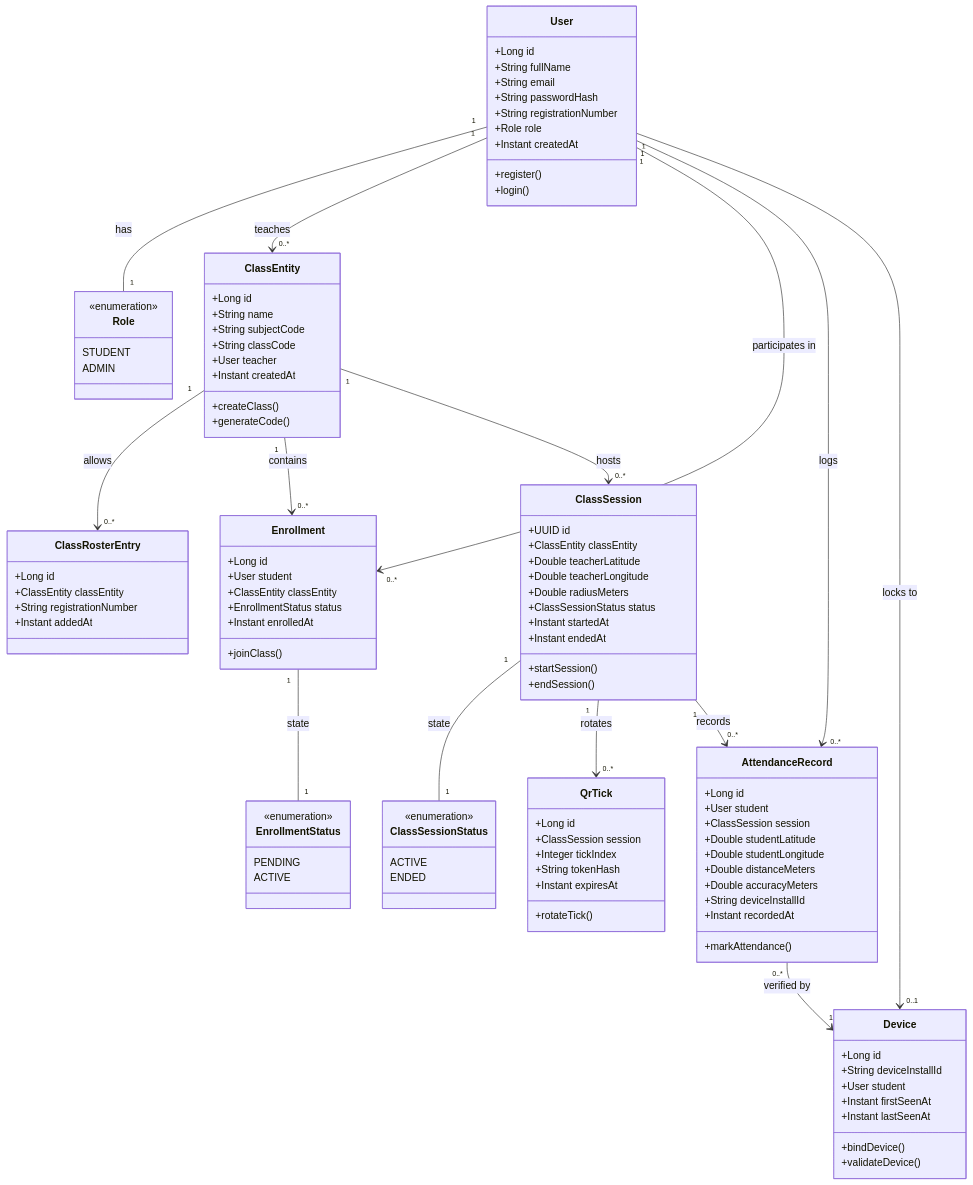
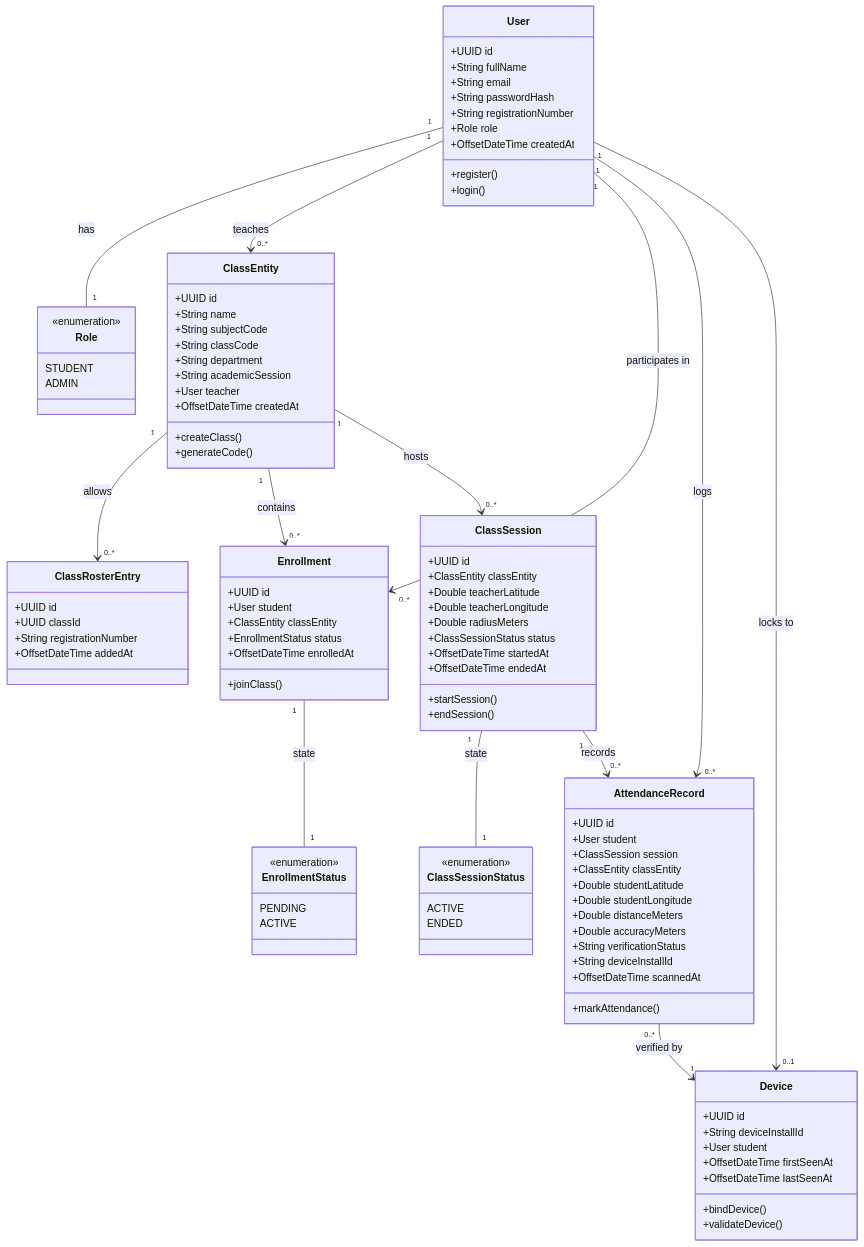
Before and after one commit to sen-se-i/SUST_Attendance_System: the diagram in README.md, drawn with Mermaid. The commit also changed other lines of this file and 113 other files, not shown here.

````diff
--- a/README.md
+++ b/README.md
@@ -52,13 +75,13 @@
     direction TB
 
     class User {
-        +Long id
+        +UUID id
         +String fullName
         +String email
         +String passwordHash
         +String registrationNumber
         +Role role
-        +Instant createdAt
+        +OffsetDateTime createdAt
         +register()
         +login()
     }
@@ -70,29 +93,31 @@
     }
 
     class ClassEntity {
-        +Long id
+        +UUID id
         +String name
         +String subjectCode
         +String classCode
+        +String department
+        +String academicSession
         +User teacher
-        +Instant createdAt
+        +OffsetDateTime createdAt
         +createClass()
         +generateCode()
     }
 
     class ClassRosterEntry {
-        +Long id
-        +ClassEntity classEntity
+        +UUID id
+        +UUID classId
         +String registrationNumber
-        +Instant addedAt
+        +OffsetDateTime addedAt
     }
 
     class Enrollment {
-        +Long id
+        +UUID id
         +User student
         +ClassEntity classEntity
         +EnrollmentStatus status
-        +Instant enrolledAt
+        +OffsetDateTime enrolledAt
         +joinClass()
     }
 
@@ -109,8 +134,8 @@
         +Double teacherLongitude
         +Double radiusMeters
         +ClassSessionStatus status
-        +Instant startedAt
-        +Instant endedAt
+        +OffsetDateTime startedAt
+        +OffsetDateTime endedAt
         +startSession()
         +endSession()
     }
@@ -121,34 +146,27 @@
         ENDED
     }
 
-    class QrTick {
-        +Long id
-        +ClassSession session
-        +Integer tickIndex
-        +String tokenHash
-        +Instant expiresAt
-        +rotateTick()
-    }
-
     class AttendanceRecord {
-        +Long id
+        +UUID id
         +User student
         +ClassSession session
+        +ClassEntity classEntity
         +Double studentLatitude
         +Double studentLongitude
         +Double distanceMeters
         +Double accuracyMeters
+        +String verificationStatus
         +String deviceInstallId
-        +Instant recordedAt
+        +OffsetDateTime scannedAt
         +markAttendance()
     }
 
     class Device {
-        +Long id
+        +UUID id
         +String deviceInstallId
         +User student
-        +Instant firstSeenAt
-        +Instant lastSeenAt
+        +OffsetDateTime firstSeenAt
+        +OffsetDateTime lastSeenAt
         +bindDevice()
         +validateDevice()
     }
@@ -165,7 +183,6 @@
 
     Enrollment "1" -- "1" EnrollmentStatus : state
     ClassSession "1" -- "1" ClassSessionStatus : state
-    ClassSession "1" --> "0..*" QrTick : rotates
     ClassSession "1" --> "0..*" AttendanceRecord : records
     AttendanceRecord "0..*" --> "1" Device : verified by
 ```
````
